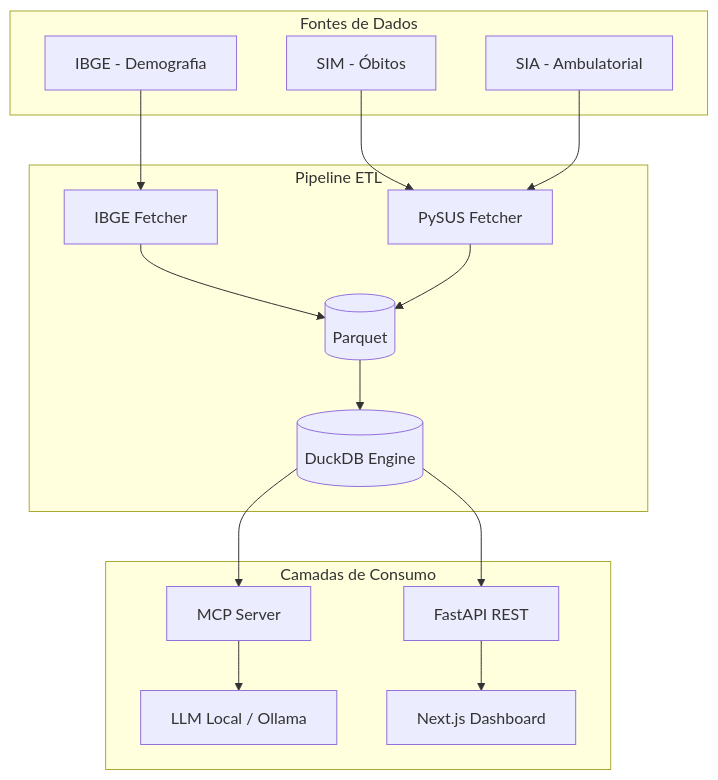
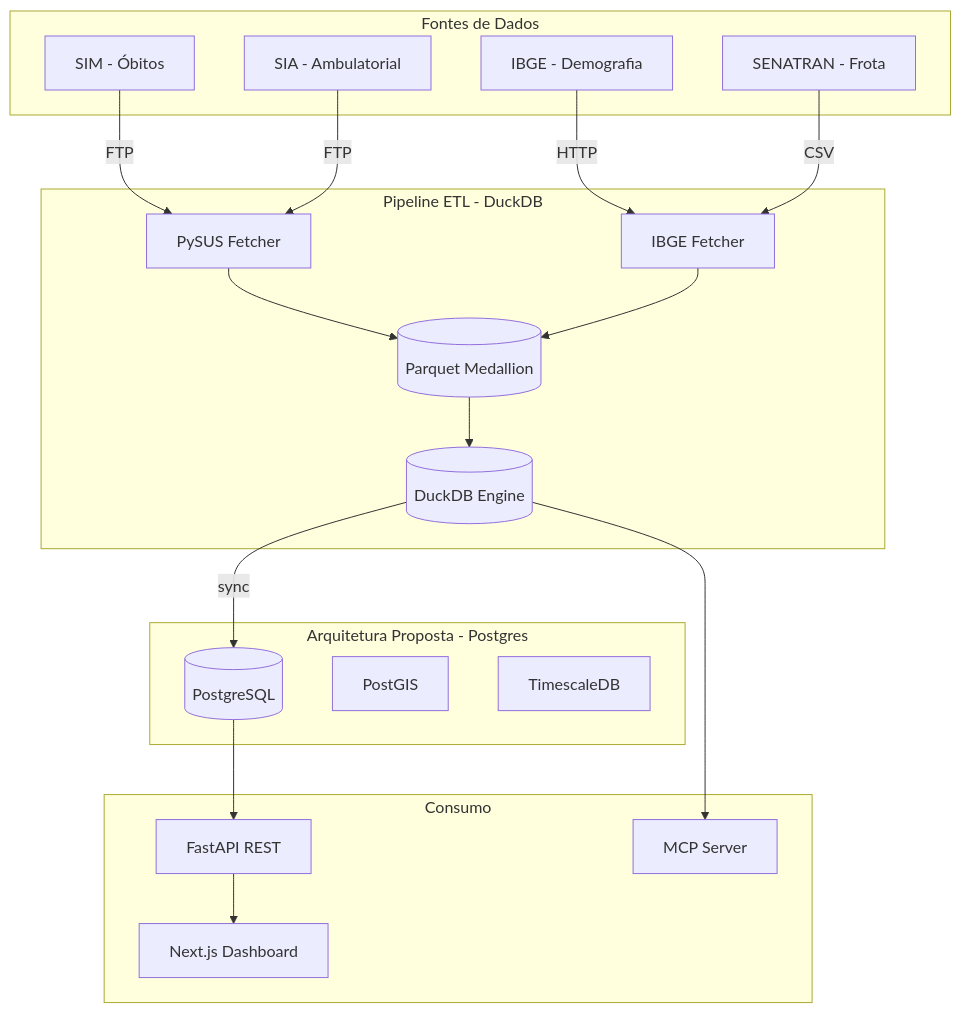
One commit to thallyslemos/tcc-pipeline-transito-sus changed the first of 2 diagrams in docs/ARCHITECTURE.md. Above: the diagram before and after it, drawn with Mermaid. The commit also changed other lines of this file and 10 other files, not shown here.

````diff
--- a/docs/ARCHITECTURE.md
+++ b/docs/ARCHITECTURE.md
@@ -7,33 +7,40 @@
 ```mermaid
 flowchart TB
     subgraph Fontes[Fontes de Dados]
         SIM[SIM - Óbitos]
         SIA[SIA - Ambulatorial]
         IBGE[IBGE - Demografia]
+        SENATRAN[SENATRAN - Frota]
     end
 
-    subgraph "Pipeline ETL (data-pipeline)"[Pipeline ETL]
+    subgraph PipelineETL[Pipeline ETL - DuckDB]
         PySUS[PySUS Fetcher]
         IBGE_Fetch[IBGE Fetcher]
-        Parquet[(Parquet)]
+        Parquet[(Parquet Medallion)]
         DuckDB[(DuckDB Engine)]
     end
 
-    subgraph "Camadas de Consumo"[Camadas de Consumo]
+    subgraph Proposta[Arquitetura Proposta - Postgres]
+        Postgres[(PostgreSQL)]
+        PostGIS[PostGIS]
+        TimescaleDB[TimescaleDB]
+    end
+
+    subgraph Consumo[Consumo]
         FastAPI[FastAPI REST]
         MCP[MCP Server]
-        LLM[LLM Local / Ollama]
         Next[Next.js Dashboard]
     end
 
-    SIM --> PySUS
-    SIA --> PySUS
-    IBGE --> IBGE_Fetch
+    SIM -->|FTP| PySUS
+    SIA -->|FTP| PySUS
+    IBGE -->|HTTP| IBGE_Fetch
+    SENATRAN -->|CSV| IBGE_Fetch
+    PySUS --> Parquet
     IBGE_Fetch --> Parquet
-    PySUS --> Parquet
     Parquet --> DuckDB
-    DuckDB --> FastAPI
+    DuckDB -->|sync| Postgres
+    Postgres --> FastAPI
     DuckDB --> MCP
-    MCP --> LLM
     FastAPI --> Next
 ```
````
